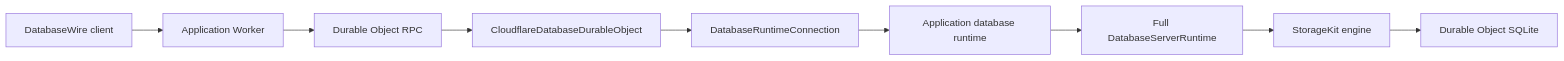
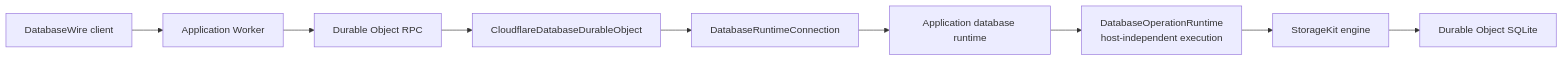
Before and after one commit to 1amageek/database-framework-cloudflare: the first of 3 diagrams in README.md, drawn with Mermaid. The commit also changed other lines of this file and 38 other files, not shown here.

Commit message:
Separate Cloudflare hosting from native server runtime

````diff
--- a/README.md
+++ b/README.md
@@ -12,11 +12,11 @@
 ```mermaid
 flowchart LR
   Client["DatabaseWire client"] --> Worker["Application Worker"]
   Worker --> RPC["Durable Object RPC"]
   RPC --> DO["CloudflareDatabaseDurableObject"]
   DO --> Connection["DatabaseRuntimeConnection"]
   Connection --> Runtime["Application database runtime"]
-  Runtime --> Server["Full DatabaseServerRuntime"]
-  Server --> Storage["StorageKit engine"]
+  Runtime --> Operations["DatabaseOperationRuntime<br/>host-independent execution"]
+  Operations --> Storage["StorageKit engine"]
   Storage --> SQLite["Durable Object SQLite"]
 ```
````
